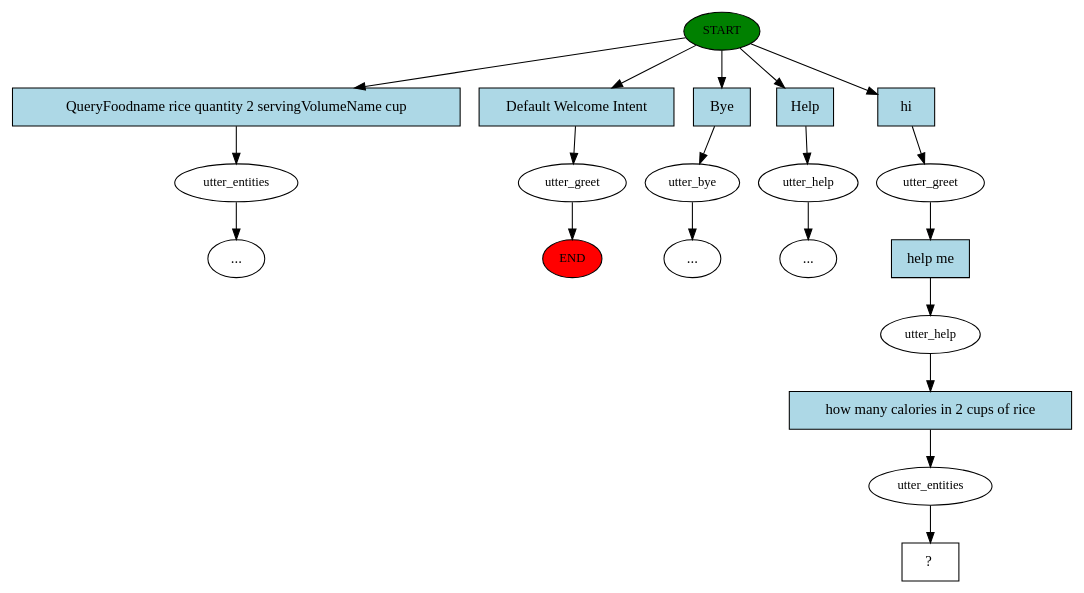
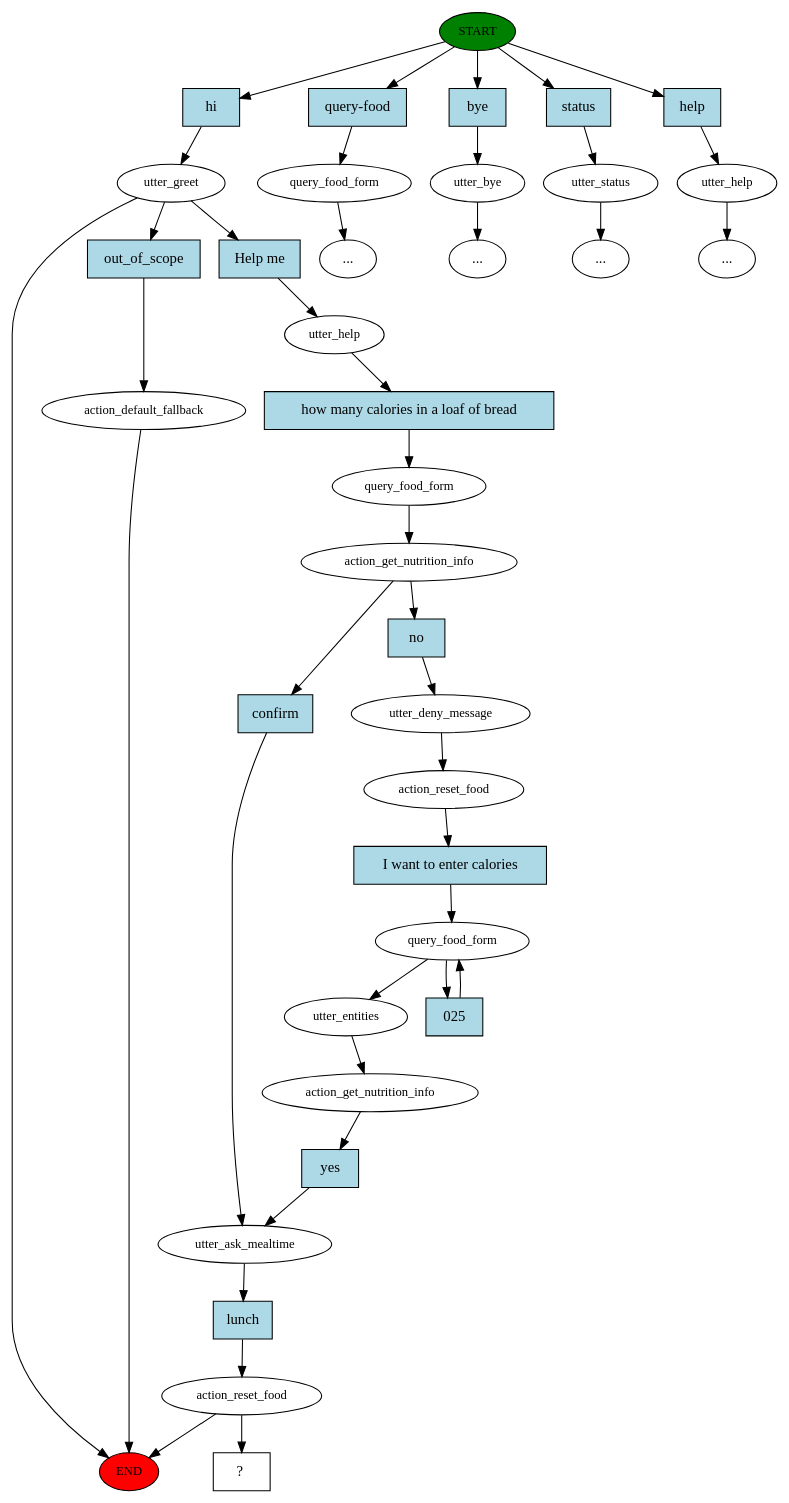
The diagram in fitbot-rasa/story_graph.dot (impomales/FitBot), drawn with Graphviz before and after one commit. The commit also changed 25 other files, not shown here.

```diff
--- a/fitbot-rasa/story_graph.dot
+++ b/fitbot-rasa/story_graph.dot
@@ -1,41 +1,79 @@
 digraph  {
 0 [class="start active", fillcolor=green, fontsize=12, label=START, style=filled];
 "-1" [class=end, fillcolor=red, fontsize=12, label=END, style=filled];
-1 [class="", fontsize=12, label=utter_entities];
-"-3" [class=ellipsis, label="..."];
-2 [class="", fontsize=12, label=utter_greet];
-3 [class="", fontsize=12, label=utter_bye];
+1 [class=active, fontsize=12, label=utter_greet];
+2 [class="", fontsize=12, label=action_default_fallback];
+3 [class="", fontsize=12, label=query_food_form];
+4 [class="", fontsize=12, label=utter_bye];
 "-4" [class=ellipsis, label="..."];
-4 [class="", fontsize=12, label=utter_help];
 "-5" [class=ellipsis, label="..."];
-5 [class=active, fontsize=12, label=utter_greet];
-6 [class=active, fontsize=12, label=utter_help];
-7 [class=active, fontsize=12, label=utter_entities];
-8 [class="intent dashed active", label="  ?  ", shape=rect];
-9 [class=intent, fillcolor=lightblue, label="QueryFoodname rice quantity 2 servingVolumeName cup", shape=rect, style=filled];
-10 [class=intent, fillcolor=lightblue, label="Default Welcome Intent", shape=rect, style=filled];
-11 [class=intent, fillcolor=lightblue, label=Bye, shape=rect, style=filled];
-12 [class=intent, fillcolor=lightblue, label=Help, shape=rect, style=filled];
-13 [class="intent active", fillcolor=lightblue, label=hi, shape=rect, style=filled];
-14 [class="intent active", fillcolor=lightblue, label="help me", shape=rect, style=filled];
-15 [class="intent active", fillcolor=lightblue, label="how many calories in 2 cups of rice", shape=rect, style=filled];
-0 -> 9  [class="", key=0];
-0 -> 10  [class="", key=0];
-0 -> 11  [class="", key=0];
-0 -> 12  [class="", key=0];
-0 -> 13  [class=active, key=0];
-1 -> "-3"  [class="", key=NONE, label=""];
+6 [class="", fontsize=12, label=utter_status];
+"-6" [class=ellipsis, label="..."];
+8 [class=active, fontsize=12, label=utter_help];
+9 [class=active, fontsize=12, label=query_food_form];
+10 [class=active, fontsize=12, label=action_get_nutrition_info];
+11 [class=active, fontsize=12, label=utter_ask_mealtime];
+12 [class=active, fontsize=12, label=action_reset_food];
+13 [class="", fontsize=12, label=utter_help];
+"-7" [class=ellipsis, label="..."];
+19 [class=active, fontsize=12, label=utter_deny_message];
+20 [class=active, fontsize=12, label=action_reset_food];
+21 [class=active, fontsize=12, label=query_food_form];
+25 [class=active, fontsize=12, label=utter_entities];
+26 [class=active, fontsize=12, label=action_get_nutrition_info];
+29 [class="intent dashed active", label="  ?  ", shape=rect];
+30 [class="intent active", fillcolor=lightblue, label=hi, shape=rect, style=filled];
+31 [class=intent, fillcolor=lightblue, label="query-food", shape=rect, style=filled];
+32 [class=intent, fillcolor=lightblue, label=bye, shape=rect, style=filled];
+33 [class=intent, fillcolor=lightblue, label=status, shape=rect, style=filled];
+34 [class=intent, fillcolor=lightblue, label=help, shape=rect, style=filled];
+35 [class=intent, fillcolor=lightblue, label=out_of_scope, shape=rect, style=filled];
+36 [class="intent active", fillcolor=lightblue, label="Help me", shape=rect, style=filled];
+37 [class="intent active", fillcolor=lightblue, label="how many calories in a loaf of bread", shape=rect, style=filled];
+38 [class=intent, fillcolor=lightblue, label=confirm, shape=rect, style=filled];
+39 [class="intent active", fillcolor=lightblue, label=no, shape=rect, style=filled];
+40 [class="intent active", fillcolor=lightblue, label=lunch, shape=rect, style=filled];
+41 [class="intent active", fillcolor=lightblue, label="I want to enter calories", shape=rect, style=filled];
+42 [class="intent active", fillcolor=lightblue, label=025, shape=rect, style=filled];
+43 [class="intent active", fillcolor=lightblue, label=yes, shape=rect, style=filled];
+0 -> 30  [class=active, key=0];
+0 -> 31  [class="", key=0];
+0 -> 32  [class="", key=0];
+0 -> 33  [class="", key=0];
+0 -> 34  [class="", key=0];
+1 -> "-1"  [class="", key=NONE, label=""];
+1 -> 35  [class="", key=0];
+1 -> 36  [class=active, key=0];
 2 -> "-1"  [class="", key=NONE, label=""];
-3 -> "-4"  [class="", key=NONE, label=""];
-4 -> "-5"  [class="", key=NONE, label=""];
-5 -> 14  [class=active, key=0];
-6 -> 15  [class=active, key=0];
-7 -> 8  [class=active, key=NONE, label=""];
-9 -> 1  [class="", key=0];
-10 -> 2  [class="", key=0];
-11 -> 3  [class="", key=0];
-12 -> 4  [class="", key=0];
-13 -> 5  [class=active, key=0];
-14 -> 6  [class=active, key=0];
-15 -> 7  [class=active, key=0];
+3 -> "-5"  [class="", key=NONE, label=""];
+4 -> "-4"  [class="", key=NONE, label=""];
+6 -> "-6"  [class="", key=NONE, label=""];
+8 -> 37  [class=active, key=0];
+9 -> 10  [class=active, key=NONE, label=""];
+10 -> 38  [class="", key=0];
+10 -> 39  [class=active, key=0];
+11 -> 40  [class=active, key=0];
+12 -> "-1"  [class="", key=NONE, label=""];
+12 -> 29  [class=active, key=NONE, label=""];
+13 -> "-7"  [class="", key=NONE, label=""];
+19 -> 20  [class=active, key=NONE, label=""];
+20 -> 41  [class=active, key=0];
+21 -> 25  [class=active, key=NONE, label=""];
+21 -> 42  [class=active, key=0];
+25 -> 26  [class=active, key=NONE, label=""];
+26 -> 43  [class=active, key=0];
+30 -> 1  [class=active, key=0];
+31 -> 3  [class="", key=0];
+32 -> 4  [class="", key=0];
+33 -> 6  [class="", key=0];
+34 -> 13  [class="", key=0];
+35 -> 2  [class="", key=0];
+36 -> 8  [class=active, key=0];
+37 -> 9  [class=active, key=0];
+38 -> 11  [class="", key=0];
+39 -> 19  [class=active, key=0];
+40 -> 12  [class=active, key=0];
+41 -> 21  [class=active, key=0];
+42 -> 21  [class=active, key=0];
+43 -> 11  [class=active, key=0];
 }
```
